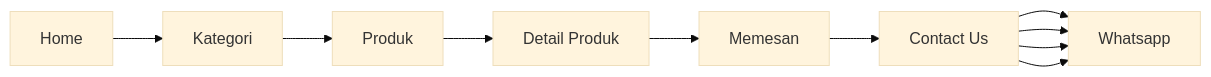
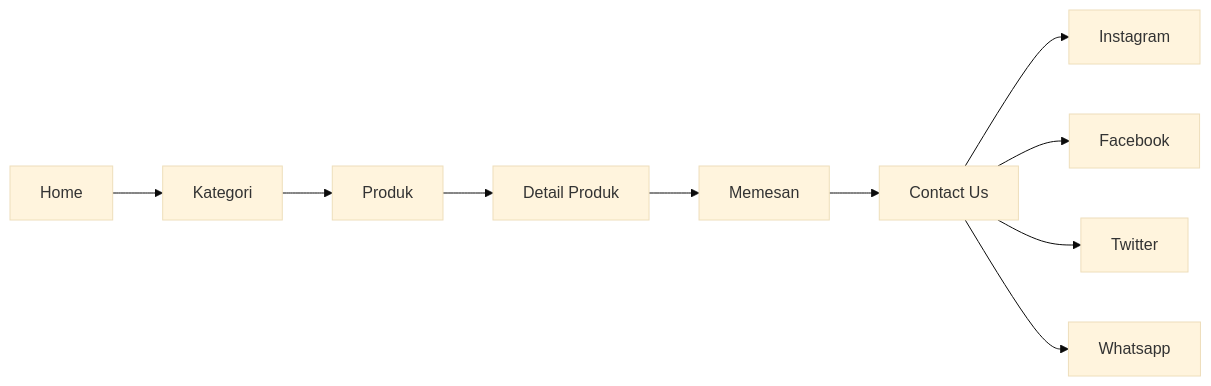
One commit to Dhikaaprtmaa/UTSPengenalanInformatika changed the second of 2 diagrams in README.md. Above: the diagram before and after it, drawn with Mermaid (base theme).

````diff
--- a/README.md
+++ b/README.md
@@ -87,12 +87,12 @@
 ```mermaid
 flowchart LR;
     A[Home] --> B[Kategori];
     B --> C[Produk];
     C --> D[Detail Produk];
     D --> E[Memesan];
     E --> F[Contact Us];
     F --> G[Instagram];
-    F --> G[Facebook];
-    F --> G[Twitter];
-    F --> G[Whatsapp];
+    F --> H[Facebook];
+    F --> I[Twitter];
+    F --> J[Whatsapp];
 ```
````
